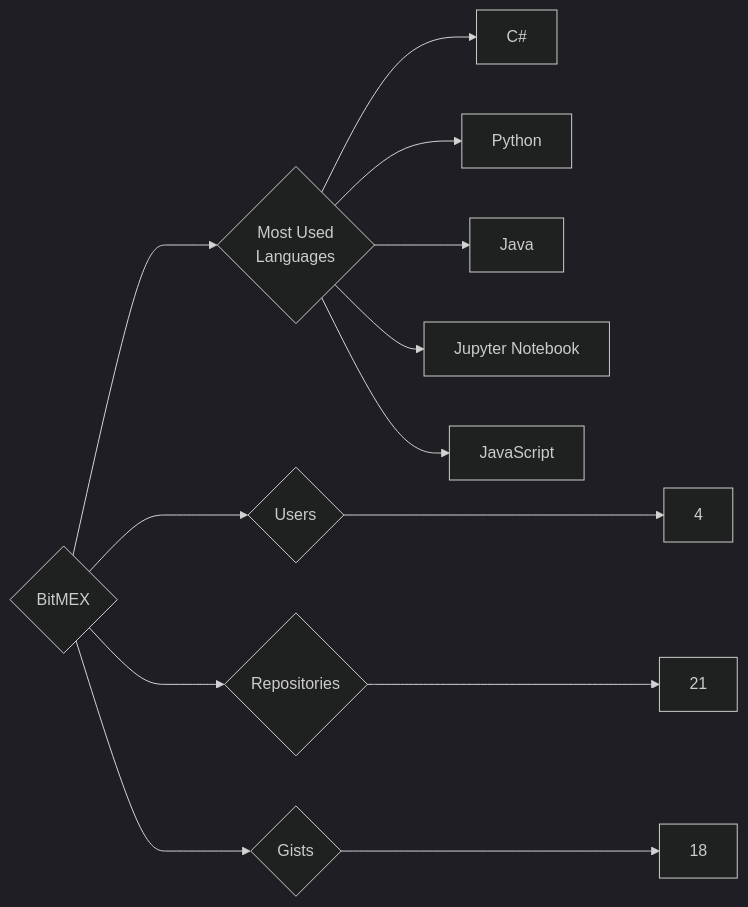
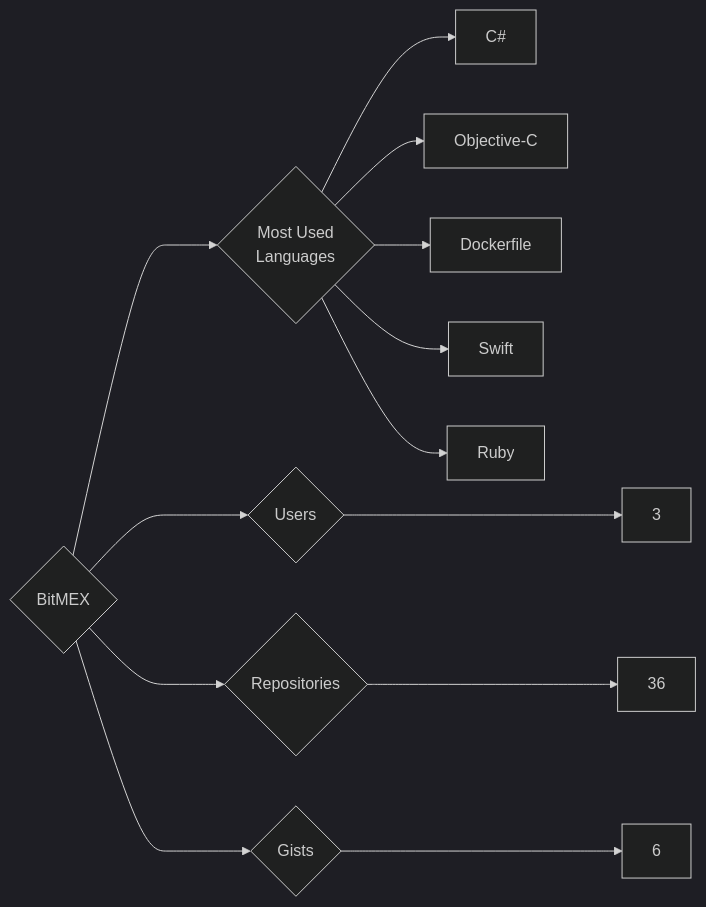
Before and after one commit to trickest/insiders: the diagram in targets/BitMEX/README.md, drawn with Mermaid (dark theme). The commit also changed 699 other files, not shown here.

````diff
--- a/targets/BitMEX/README.md
+++ b/targets/BitMEX/README.md
@@ -3,13 +3,13 @@
 ```mermaid
 graph LR
 COMPANY_NAME{BitMEX}
-COMPANY_NAME ---> U{Users} ---> UN[4]
-COMPANY_NAME ---> R{Repositories} ---> RN[21]
-COMPANY_NAME ---> G{Gists} ---> GN[18]
+COMPANY_NAME ---> U{Users} ---> UN[3]
+COMPANY_NAME ---> R{Repositories} ---> RN[36]
+COMPANY_NAME ---> G{Gists} ---> GN[6]
 COMPANY_NAME ---> ML{Most Used<br>Languages}
 ML --> C#[C#]
-ML --> Python[Python]
-ML --> Java[Java]
-ML --> Jupyter_Notebook[Jupyter Notebook]
-ML --> JavaScript[JavaScript]
+ML --> Objective-C[Objective-C]
+ML --> Dockerfile[Dockerfile]
+ML --> Swift[Swift]
+ML --> Ruby[Ruby]
 ```
````
